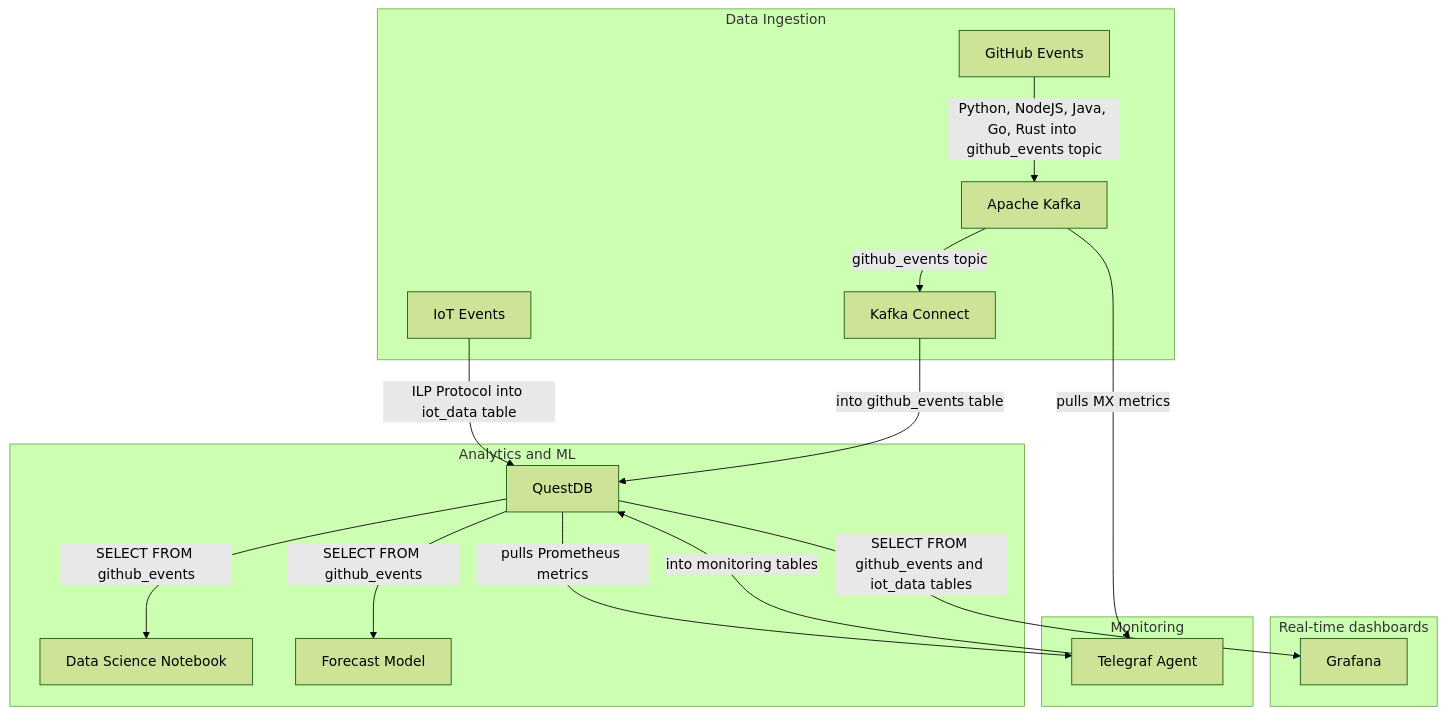
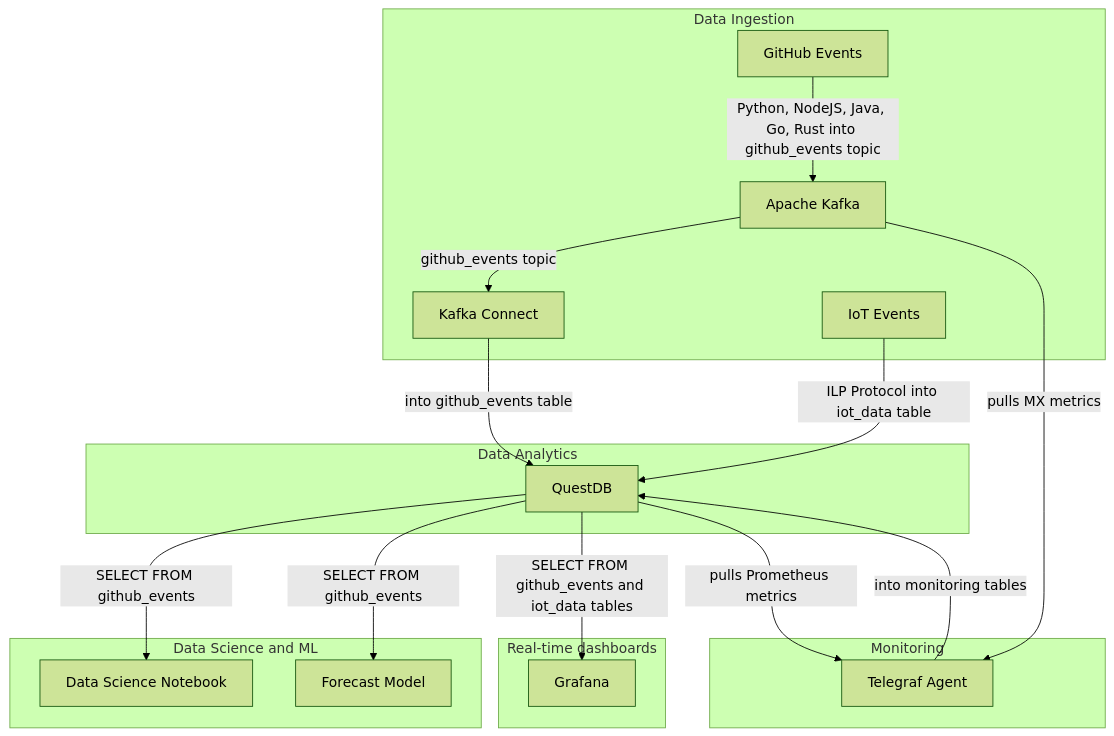
One commit to questdb/time-series-streaming-analytics-template changed the diagram in README.md. Above: the diagram before and after it, drawn with Mermaid (forest theme).

Commit message:
revamped mermaid chart

````diff
--- a/README.md
+++ b/README.md
@@ -37,28 +37,31 @@
 ```mermaid
 graph TD
-   subgraph "Analytics and ML"
+   subgraph "Data Analytics"
+    Q[QuestDB]
+  end
+
+  subgraph "Data Science and ML"
     Q -->|SELECT FROM github_events| DSN[Data Science Notebook]
     Q -->|SELECT FROM github_events| FM[Forecast Model]
   end
 
 
   subgraph "Data Ingestion"
     GE[GitHub Events] -->|Python, NodeJS, Java, Go, Rust into github_events topic | AK[Apache Kafka]
     AK -->|github_events topic| KC
     IE[IoT Events] -->|ILP Protocol into iot_data table| Q
     KC[Kafka Connect] -->|into github_events table| Q[QuestDB]
   end
 
   subgraph "Real-time dashboards"
     Q -->|SELECT FROM github_events and iot_data tables| G[Grafana]
   end
 
 
 
   subgraph Monitoring
     Q -->|pulls Prometheus metrics| TA[Telegraf Agent]
     AK -->|pulls MX metrics| TA
     TA -->|into monitoring tables| Q
   end
-
 ```
````
